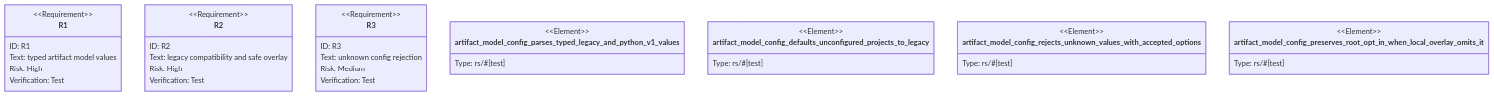
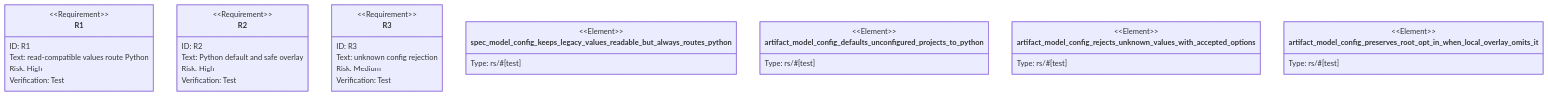
The second of 2 diagrams in apps/agentic-workflow/tech-design/core/logic/python-artifact-model-selector.md (chrischeng-c4/axiom), drawn with Mermaid before and after one commit. The commit also changed other lines of this file and 9 other files, not shown here.

First line of the commit message:
fix(aw): make Python artifacts the canonical model

````diff
--- a/apps/agentic-workflow/tech-design/core/logic/python-artifact-model-selector.md
+++ b/apps/agentic-workflow/tech-design/core/logic/python-artifact-model-selector.md
@@ -65,65 +64,65 @@
 ```mermaid
 ---
 id: aw-python-artifact-model-selector-unit-tests
 requirements:
-  typed_values:
+  compatibility_values:
     id: R1
-    text: "legacy and python-v1 parse to the typed enum through full and narrow project registry views."
+    text: "legacy and Python spellings remain readable through full and narrow project registry views, but both resolve to Python."
     kind: contract
     risk: high
-    verify: "cargo test -p agentic-workflow --test artifact_model_config_test artifact_model_config_parses_typed_legacy_and_python_v1_values -- --nocapture"
+    verify: "cargo test -p agentic-workflow --test artifact_model_config_test spec_model_config_keeps_legacy_values_readable_but_always_routes_python -- --nocapture"
   compatibility:
     id: R2
-    text: "Omitted configuration is legacy and an omitted local overlay preserves root python-v1."
+    text: "Omitted configuration resolves to Python and an omitted local overlay preserves the raw root compatibility value."
     kind: regression
     risk: high
-    verify: "cargo test -p agentic-workflow --test artifact_model_config_test artifact_model_config_preserves_root_opt_in_when_local_overlay_omits_it -- --nocapture"
+    verify: "cargo test -p agentic-workflow --test artifact_model_config_test artifact_model_config_defaults_unconfigured_projects_to_python -- --nocapture"
   rejection:
     id: R3
     text: "Unknown artifact-model values fail with the accepted choices."
     kind: regression
     risk: medium
     verify: "cargo test -p agentic-workflow --test artifact_model_config_test artifact_model_config_rejects_unknown_values_with_accepted_options -- --nocapture"
 elements:
-  artifact_model_config_parses_typed_legacy_and_python_v1_values: { kind: test, type: "rs/#[test]" }
-  artifact_model_config_defaults_unconfigured_projects_to_legacy: { kind: test, type: "rs/#[test]" }
+  spec_model_config_keeps_legacy_values_readable_but_always_routes_python: { kind: test, type: "rs/#[test]" }
+  artifact_model_config_defaults_unconfigured_projects_to_python: { kind: test, type: "rs/#[test]" }
   artifact_model_config_rejects_unknown_values_with_accepted_options: { kind: test, type: "rs/#[test]" }
   artifact_model_config_preserves_root_opt_in_when_local_overlay_omits_it: { kind: test, type: "rs/#[test]" }
 relations:
-  - { from: artifact_model_config_parses_typed_legacy_and_python_v1_values, verifies: typed_values }
-  - { from: artifact_model_config_defaults_unconfigured_projects_to_legacy, verifies: compatibility }
+  - { from: spec_model_config_keeps_legacy_values_readable_but_always_routes_python, verifies: compatibility_values }
+  - { from: artifact_model_config_defaults_unconfigured_projects_to_python, verifies: compatibility }
   - { from: artifact_model_config_preserves_root_opt_in_when_local_overlay_omits_it, verifies: compatibility }
   - { from: artifact_model_config_rejects_unknown_values_with_accepted_options, verifies: rejection }
 ---
 requirementDiagram
   requirement R1 {
     id: R1
-    text: "typed artifact model values"
+    text: "read-compatible values route Python"
     risk: high
     verifymethod: test
   }
   requirement R2 {
     id: R2
-    text: "legacy compatibility and safe overlay"
+    text: "Python default and safe overlay"
     risk: high
     verifymethod: test
   }
   requirement R3 {
     id: R3
     text: "unknown config rejection"
     risk: medium
     verifymethod: test
   }
-  element artifact_model_config_parses_typed_legacy_and_python_v1_values {
+  element spec_model_config_keeps_legacy_values_readable_but_always_routes_python {
     type: "rs/#[test]"
   }
-  element artifact_model_config_defaults_unconfigured_projects_to_legacy {
+  element artifact_model_config_defaults_unconfigured_projects_to_python {
     type: "rs/#[test]"
   }
   element artifact_model_config_rejects_unknown_values_with_accepted_options {
     type: "rs/#[test]"
   }
   element artifact_model_config_preserves_root_opt_in_when_local_overlay_omits_it {
     type: "rs/#[test]"
   }
 ```
````
